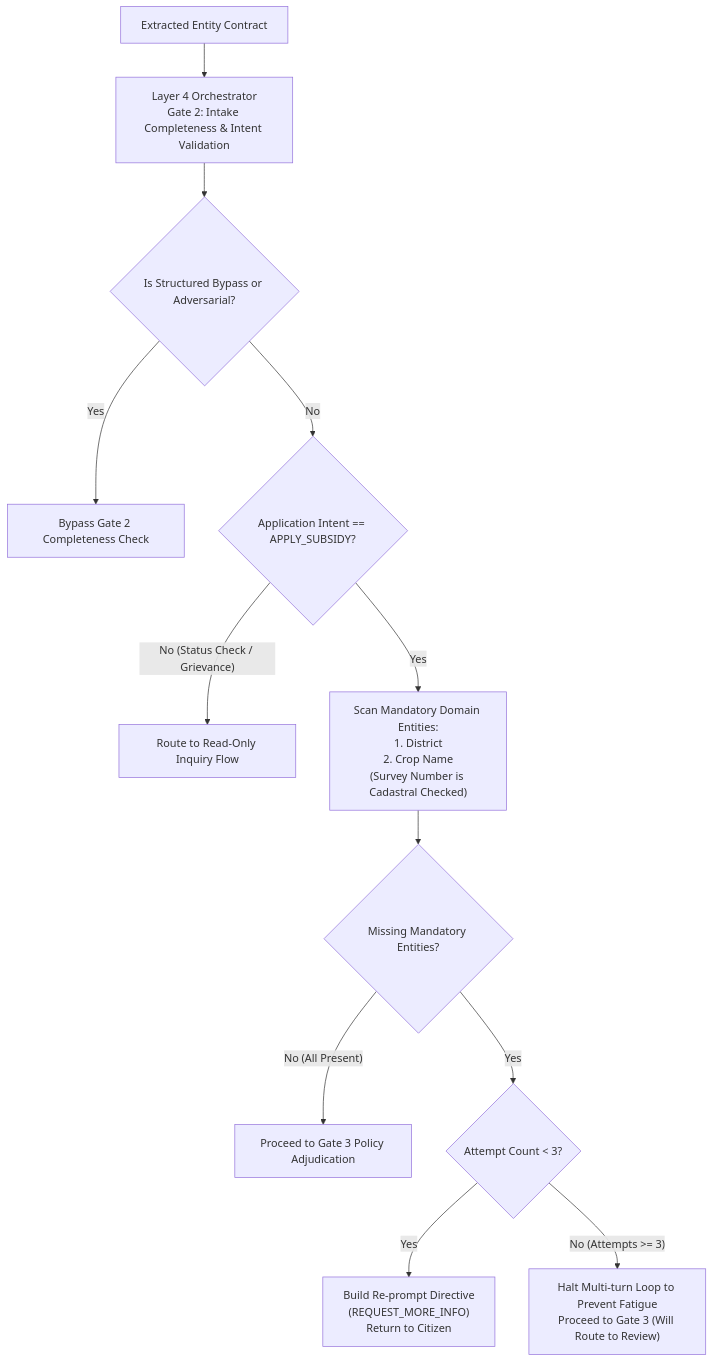
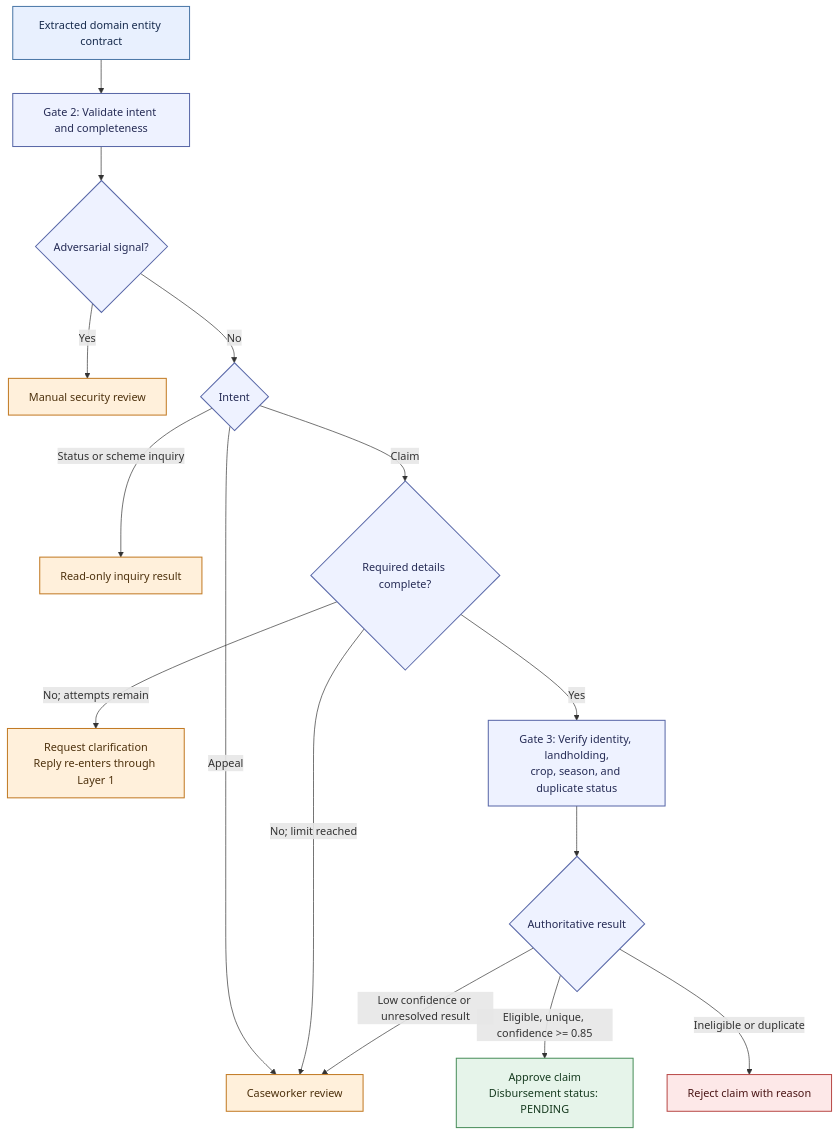
The fifth of 7 diagrams in docs/end_to_end_code_flow.md (gargmishu/agristack-dbt-core), drawn with Mermaid before and after one commit. The commit also changed other lines of this file, not shown here.

````diff
--- a/docs/end_to_end_code_flow.md
+++ b/docs/end_to_end_code_flow.md
@@ -137,17 +160,28 @@
 ```mermaid
 flowchart TD
-    S["Extracted Entity Contract"] --> T["Layer 4 Orchestrator<br/>Gate 2: Intake Completeness & Intent Validation"]
-
-    T --> U{"Is Structured Bypass or Adversarial?"}
-    U -- "Yes" --> V["Bypass Gate 2 Completeness Check"]
-    U -- "No" --> W{"Application Intent == APPLY_SUBSIDY?"}
-
-    W -- "No (Status Check / Grievance)" --> X["Route to Read-Only Inquiry Flow"]
-    W -- "Yes" --> Y["Scan Mandatory Domain Entities:<br/>1. District<br/>2. Crop Name<br/>(Survey Number is Cadastral Checked)"]
-
-    Y --> Z{"Missing Mandatory Entities?"}
-    Z -- "No (All Present)" --> AA["Proceed to Gate 3 Policy Adjudication"]
-    Z -- "Yes" --> AB{"Attempt Count < 3?"}
-    AB -- "Yes" --> AC["Build Re-prompt Directive<br/>(REQUEST_MORE_INFO)<br/>Return to Citizen"]
-    AB -- "No (Attempts >= 3)" --> AD["Halt Multi-turn Loop to Prevent Fatigue<br/>Proceed to Gate 3 (Will Route to Review)"]
+    A["Extracted domain entity contract"] --> B["Gate 2: Validate intent and completeness"]
+    B --> C{"Adversarial signal?"}
+    C -- "Yes" --> S["Manual security review"]
+    C -- "No" --> D{"Intent"}
+    D -- "Status or scheme inquiry" --> E["Read-only inquiry result"]
+    D -- "Appeal" --> R["Caseworker review"]
+    D -- "Claim" --> F{"Required details complete?"}
+    F -- "No; attempts remain" --> G["Request clarification<br/>Reply re-enters through Layer 1"]
+    F -- "No; limit reached" --> R
+    F -- "Yes" --> H["Gate 3: Verify identity, landholding,<br/>crop, season, and duplicate status"]
+    H --> I{"Authoritative result"}
+    I -- "Eligible, unique, confidence >= 0.85" --> J["Approve claim<br/>Disbursement status: PENDING"]
+    I -- "Low confidence or unresolved result" --> R
+    I -- "Ineligible or duplicate" --> K["Reject claim with reason"]
+    classDef contract fill:#e8f0fe,stroke:#4c78a8,color:#172b4d,stroke-width:1.5px
+    classDef governance fill:#eef2ff,stroke:#5968a8,color:#252b55,stroke-width:1.5px
+    classDef success fill:#e6f4ea,stroke:#4a8f5b,color:#173b20,stroke-width:1.5px
+    classDef review fill:#fff0db,stroke:#c27a24,color:#4d310d,stroke-width:1.5px
+    classDef reject fill:#fde8e8,stroke:#b94a48,color:#4a1515,stroke-width:1.5px
+    class A contract
+    class B,C,D,F,H,I governance
+    class E,G,R review
+    class S,R review
+    class J success
+    class K reject
 ```
````
